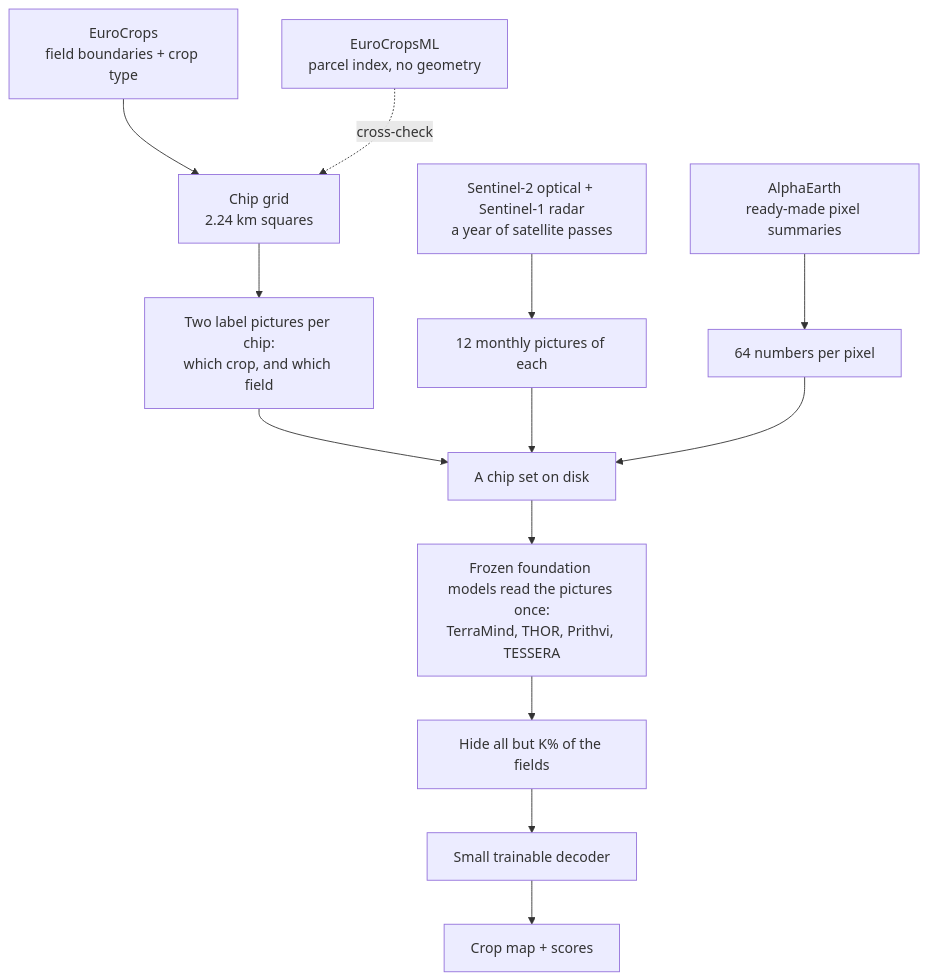
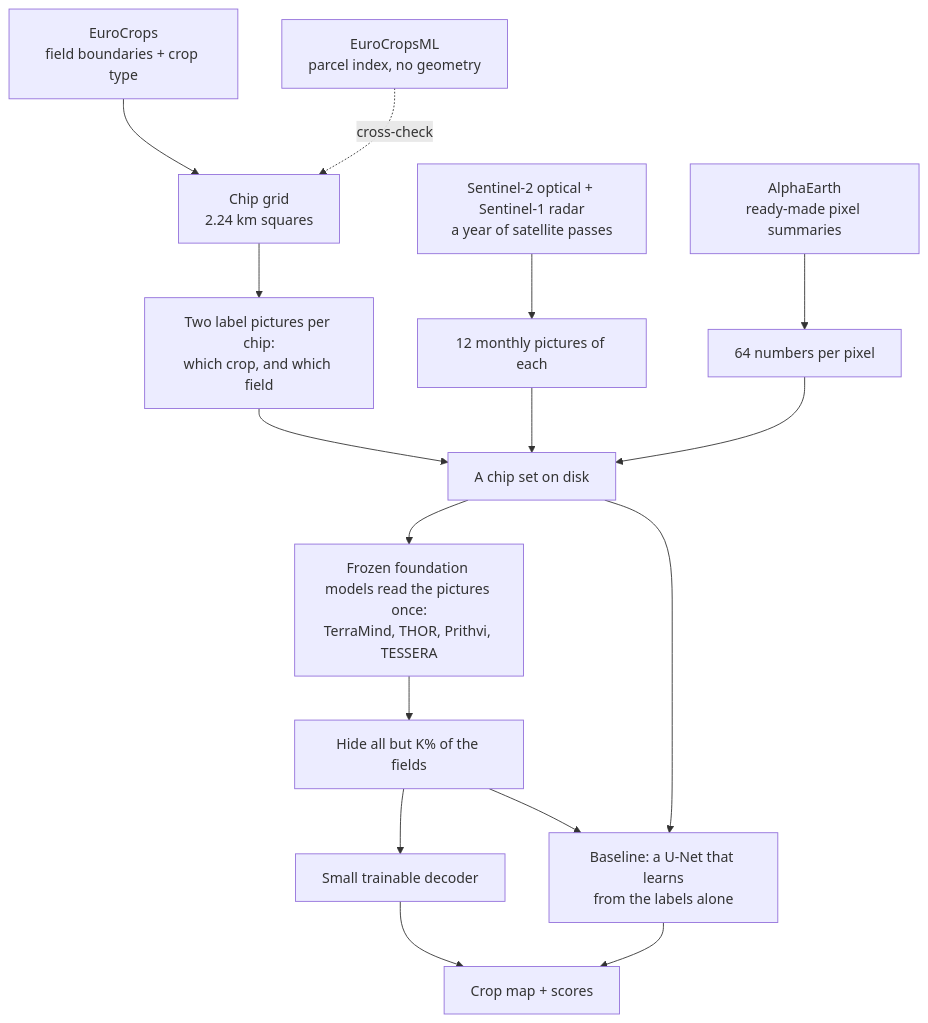
The first of 2 diagrams in docs/phase1/pipeline_overview.md (davidrers/ExplainedGMF4Agri), drawn with Mermaid before and after one commit. The commit also changed other lines of this file and 15 other files, not shown here.

First line of the commit message:
Add the from-scratch U-Net baseline to the main workflow, on S2 + S1

````diff
--- a/docs/phase1/pipeline_overview.md
+++ b/docs/phase1/pipeline_overview.md
@@ -27,15 +27,18 @@
 ```mermaid
 flowchart TD
     A["EuroCrops<br/>field boundaries + crop type"] --> C
     B["EuroCropsML<br/>parcel index, no geometry"] -.cross-check.-> C
     C["Chip grid<br/>2.24 km squares"] --> D["Two label pictures per chip:<br/>which crop, and which field"]
     E["Sentinel-2 optical + Sentinel-1 radar<br/>a year of satellite passes"] --> F["12 monthly pictures of each"]
     G["AlphaEarth<br/>ready-made pixel summaries"] --> H["64 numbers per pixel"]
     D --> I["A chip set on disk"]
     F --> I
     H --> I
     I --> M["Frozen foundation models read the pictures once:<br/>TerraMind, THOR, Prithvi, TESSERA"]
     M --> J["Hide all but K% of the fields"]
     J --> K["Small trainable decoder"]
     K --> L["Crop map + scores"]
+    I --> N["Baseline: a U-Net that learns<br/>from the labels alone"]
+    J --> N
+    N --> L
 ```
````
